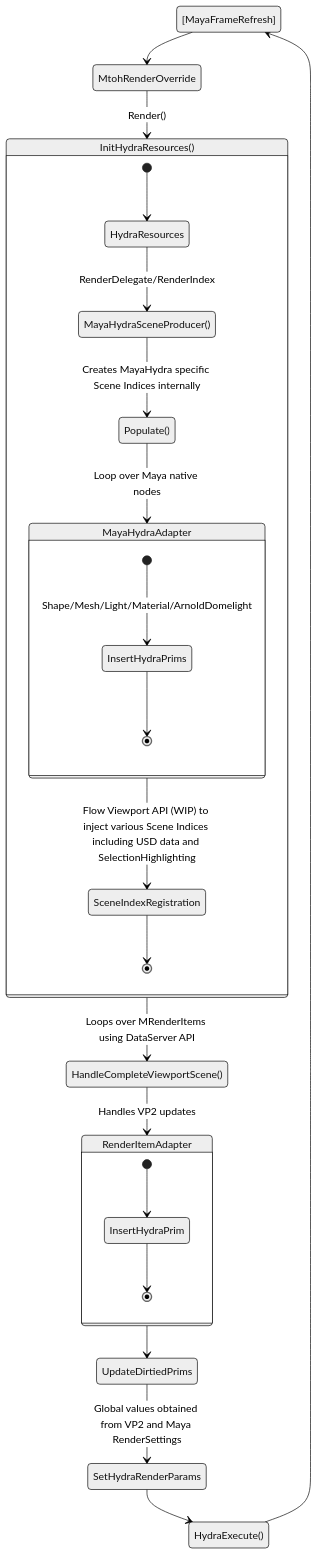
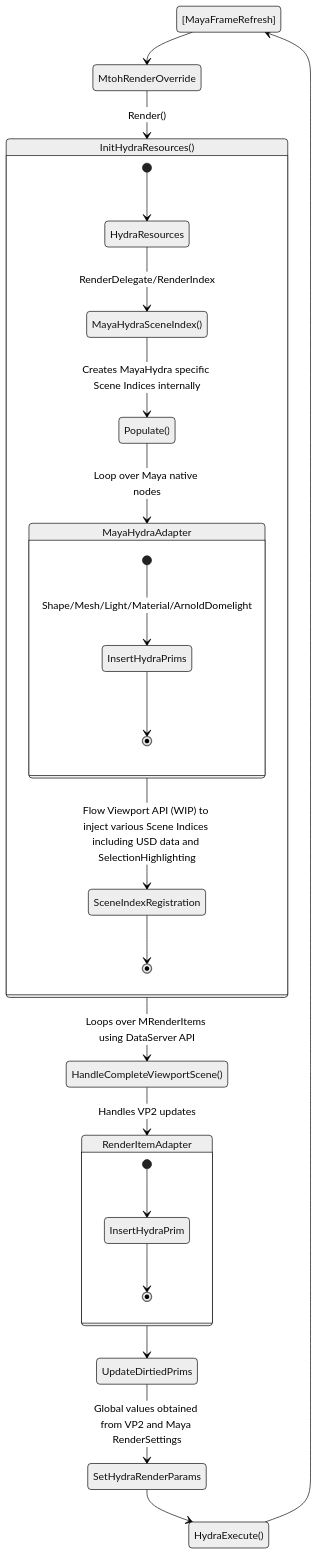
One commit to Autodesk/maya-hydra changed the fifth of 5 diagrams in doc/mayaHydraDetails.md. Above: the diagram before and after it, drawn with Mermaid (neutral theme). The commit also changed other lines of this file and 5 other files, not shown here.

````diff
--- a/doc/mayaHydraDetails.md
+++ b/doc/mayaHydraDetails.md
@@ -124,31 +124,31 @@
 ```mermaid
 
 stateDiagram
   [MayaFrameRefresh] --> MtohRenderOverride 
   MtohRenderOverride --> InitHydraResources() : Render()
 
   state InitHydraResources() {
       [*] --> HydraResources
-      HydraResources --> MayaHydraSceneProducer() :  RenderDelegate/RenderIndex
-      MayaHydraSceneProducer() --> Populate() : Creates MayaHydra specific Scene Indices internally       
+      HydraResources --> MayaHydraSceneIndex() :  RenderDelegate/RenderIndex
+      MayaHydraSceneIndex() --> Populate() : Creates MayaHydra specific Scene Indices internally       
       Populate() --> MayaHydraAdapter : Loop over Maya native nodes
       MayaHydraAdapter --> SceneIndexRegistration : Flow Viewport API (WIP) to inject various Scene Indices including USD data and SelectionHighlighting
       SceneIndexRegistration --> [*]
   }
   
     state MayaHydraAdapter {
       [*] --> InsertHydraPrims : Shape/Mesh/Light/Material/ArnoldDomelight
       InsertHydraPrims --> [*]
   }
         
   InitHydraResources() --> HandleCompleteViewportScene() : Loops over MRenderItems using DataServer API
   state RenderItemAdapter {
       [*] --> InsertHydraPrim
       InsertHydraPrim --> [*]
   }      
   HandleCompleteViewportScene() --> RenderItemAdapter : Handles VP2 updates
   RenderItemAdapter --> UpdateDirtiedPrims
   UpdateDirtiedPrims --> SetHydraRenderParams : Global values obtained from VP2 and Maya RenderSettings
   SetHydraRenderParams --> HydraExecute()
   HydraExecute() -->  [MayaFrameRefresh]
 ```
````
